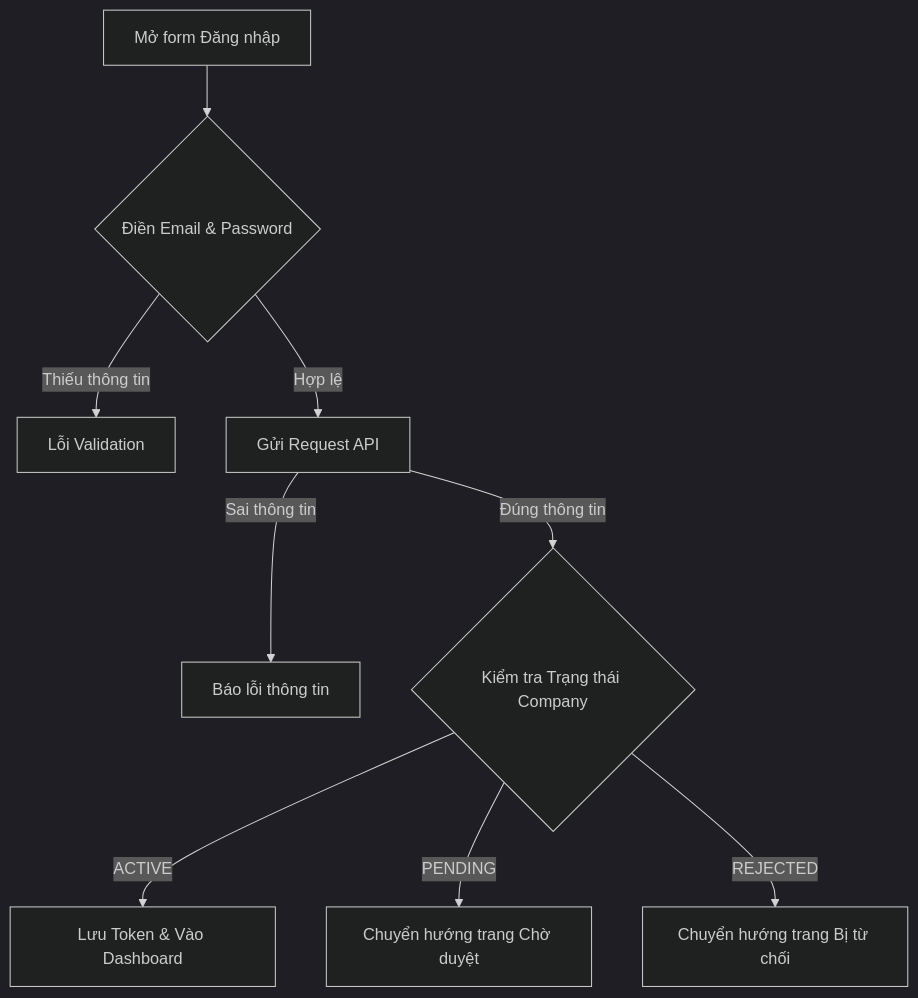
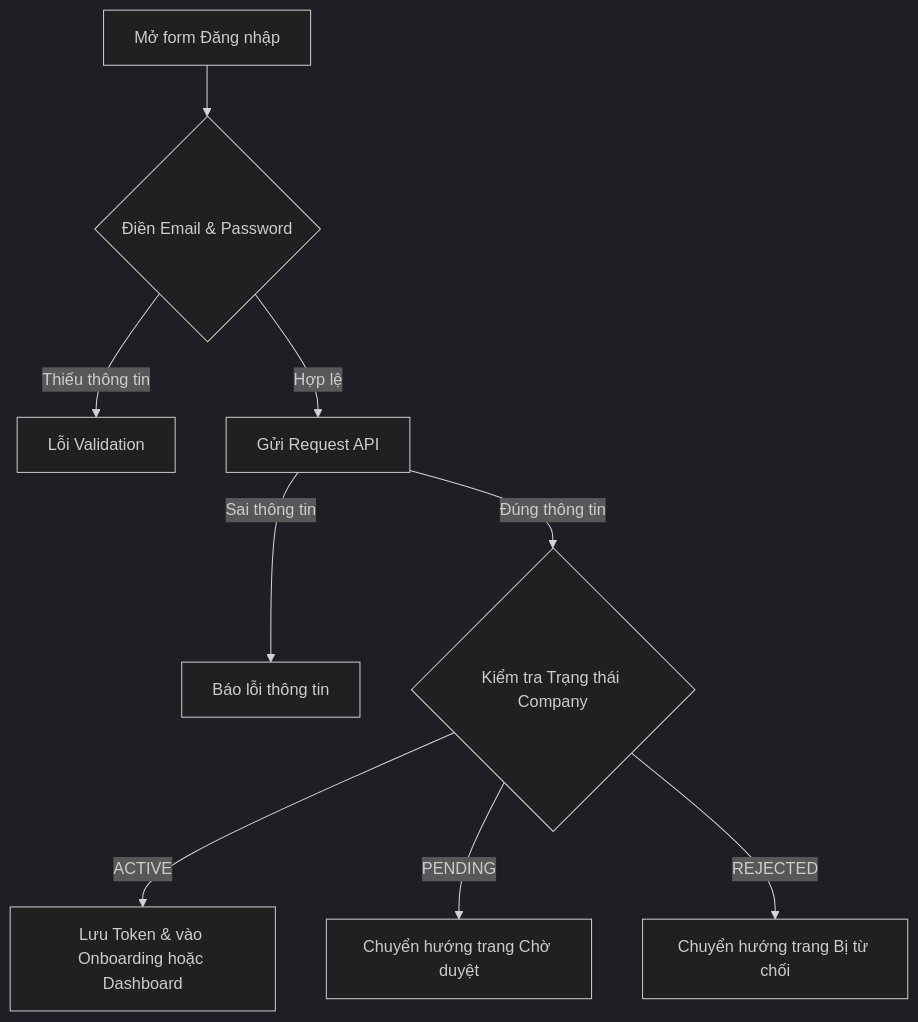
Before and after one commit to VanHaPtit/EasyTech_FE: the diagram in nghiep_vu/epic-01_Authentication_Onboarding/user-story-01_HR_Dang_nhap/user-story.md, drawn with Mermaid (dark theme). The commit also changed 4 other files, not shown here.

````diff
--- a/nghiep_vu/epic-01_Authentication_Onboarding/user-story-01_HR_Dang_nhap/user-story.md
+++ b/nghiep_vu/epic-01_Authentication_Onboarding/user-story-01_HR_Dang_nhap/user-story.md
@@ -11,11 +11,11 @@
 ```mermaid
 graph TD
     A[Mở form Đăng nhập] --> B{Điền Email & Password}
     B -- Thiếu thông tin --> C[Lỗi Validation]
     B -- Hợp lệ --> D[Gửi Request API]
     D -- Sai thông tin --> E[Báo lỗi thông tin]
     D -- Đúng thông tin --> F{Kiểm tra Trạng thái Company}
-    F -- ACTIVE --> G[Lưu Token & Vào Dashboard]
+    F -- ACTIVE --> G[Lưu Token & vào Onboarding hoặc Dashboard]
     F -- PENDING --> H[Chuyển hướng trang Chờ duyệt]
     F -- REJECTED --> I[Chuyển hướng trang Bị từ chối]
 ```
````
